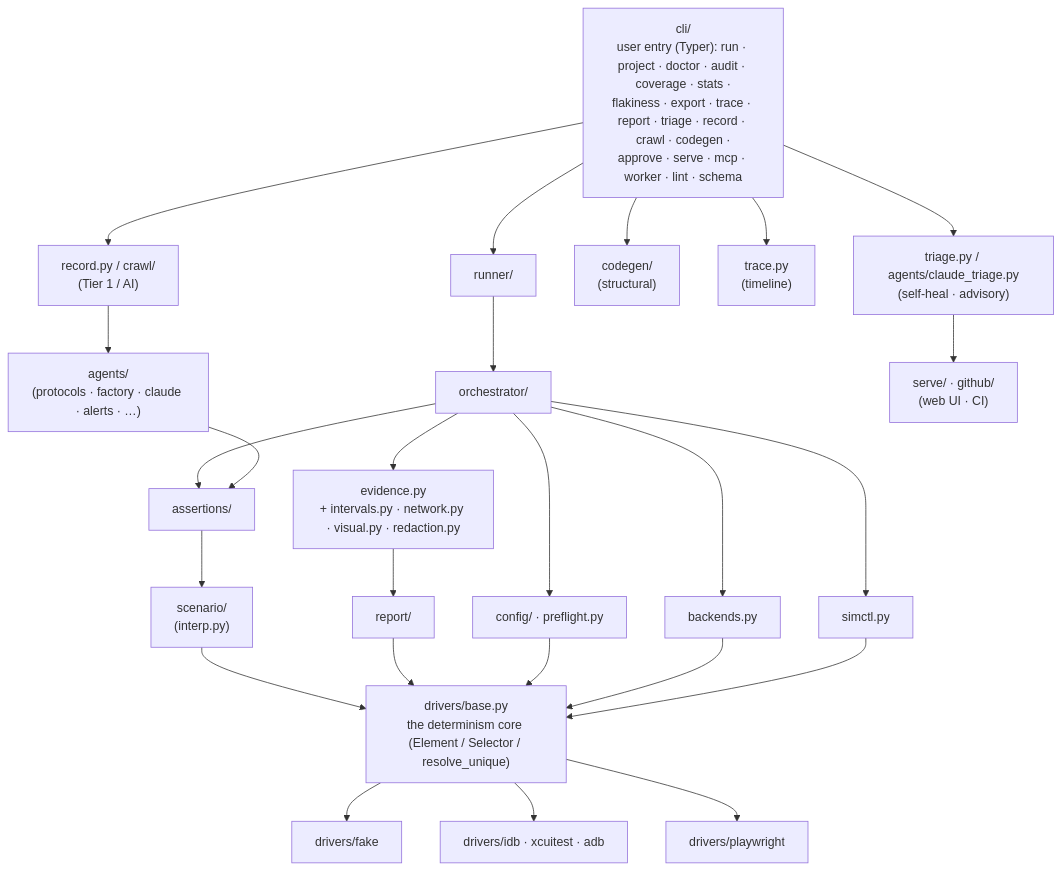
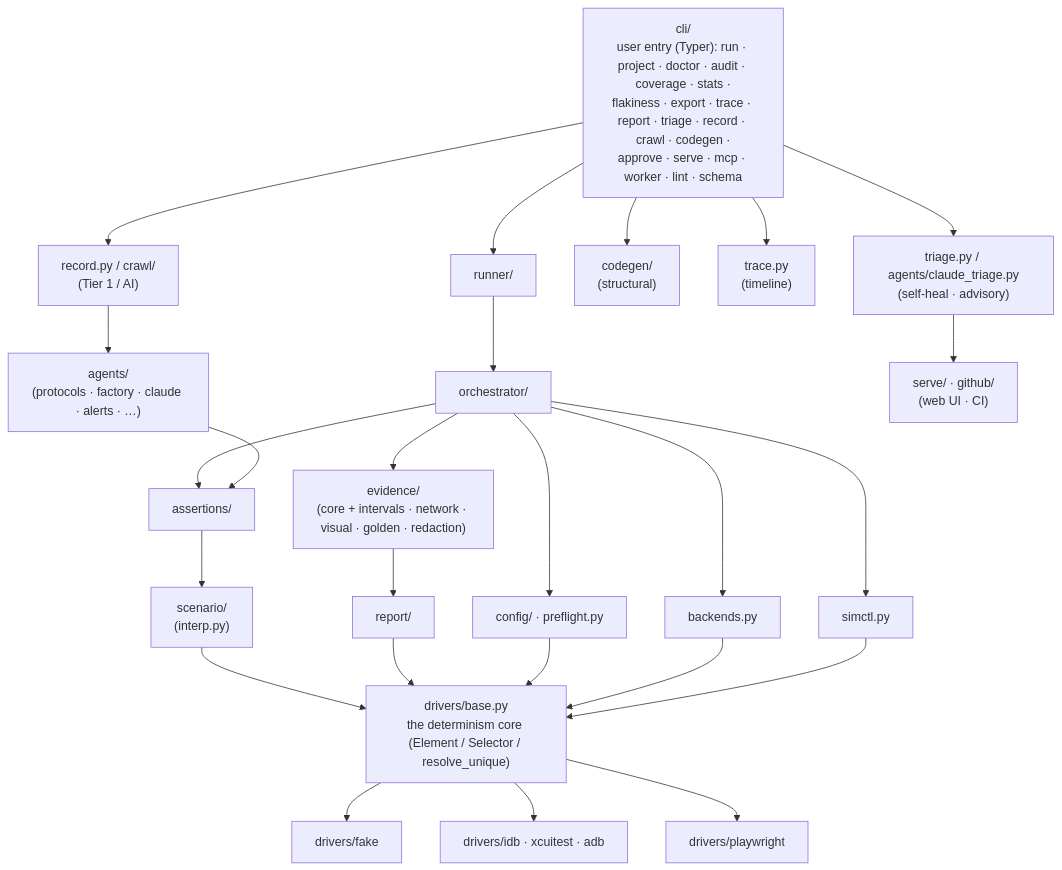
Before and after one commit to bajutsu-e2e/bajutsu: the second of 2 diagrams in docs/architecture.md, drawn with Mermaid. The commit also changed other lines of this file and 97 other files, not shown here.

````diff
--- a/docs/architecture.md
+++ b/docs/architecture.md
@@ -136,59 +132,59 @@
 ```mermaid
 flowchart TB
     cli["cli/<br/>user entry (Typer): run · project · doctor · audit · coverage · stats ·<br/>flakiness · export · trace · report · triage · record · crawl · codegen ·<br/>approve · serve · mcp · worker · lint · schema"]
 
     runner["runner/"]
     record["record.py / crawl/<br/>(Tier 1 / AI)"]
     codegen["codegen/<br/>(structural)"]
     trace["trace.py<br/>(timeline)"]
     triage["triage.py / agents/claude_triage.py<br/>(self-heal · advisory)"]
 
     orch["orchestrator/"]
     agentStuff["agents/<br/>(protocols · factory · claude · alerts · …)"]
     serveGh["serve/ · github/<br/>(web UI · CI)"]
 
     assertions["assertions/"]
-    evidence["evidence.py<br/>+ intervals.py · network.py · visual.py · redaction.py"]
+    evidence["evidence/<br/>(core + intervals · network · visual · golden · redaction)"]
 
     scenario["scenario/<br/>(interp.py)"]
     report["report/"]
     config["config/ · preflight.py"]
     backends["backends.py"]
     simctl["simctl.py"]
 
     base["drivers/base.py<br/>the determinism core (Element / Selector / resolve_unique)"]
 
     fake["drivers/fake"]
     ios["drivers/idb · xcuitest · adb"]
     pw["drivers/playwright"]
 
     cli --> runner
     cli --> record
     cli --> codegen
     cli --> trace
     cli --> triage
 
     runner --> orch
     record --> agentStuff
     triage --> serveGh
 
     orch --> assertions
     orch --> evidence
     agentStuff --> assertions
 
     assertions --> scenario
     evidence --> report
     orch --> config
     orch --> backends
     orch --> simctl
 
     scenario --> base
     report --> base
     config --> base
     backends --> base
     simctl --> base
 
     base --> fake
     base --> ios
     base --> pw
 ```
````
